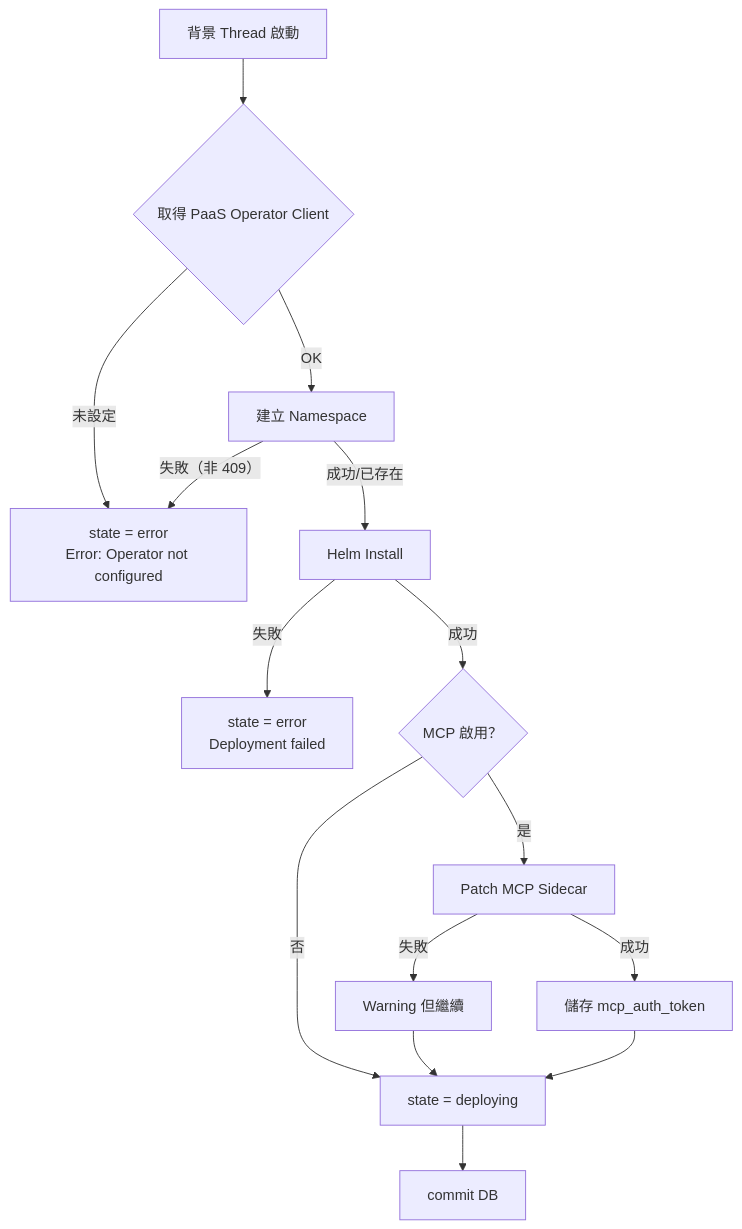
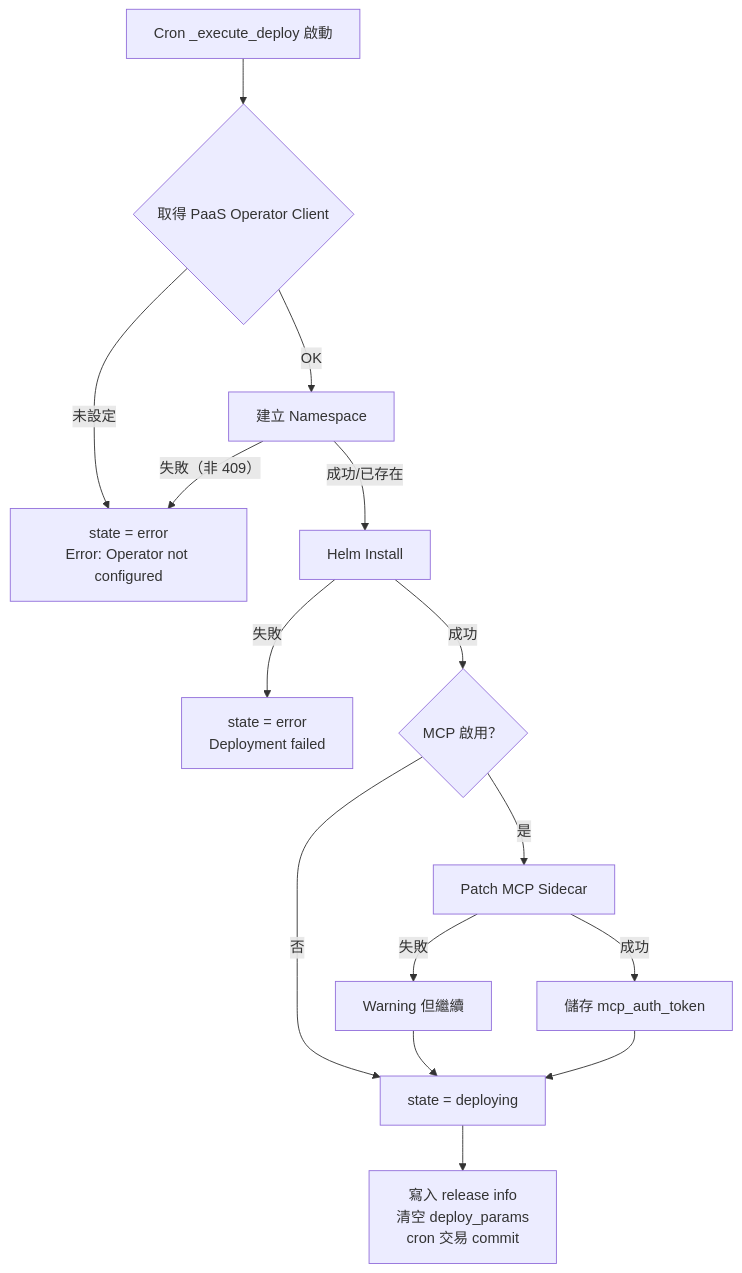
The third of 11 diagrams in docs/reference/architecture/n8n-cloud-service-lifecycle.md (WOOWTECH/odoo-addon-woow-paas-platform), drawn with Mermaid before and after one commit. The commit also changed other lines of this file and 15 other files, not shown here.

````diff
--- a/docs/reference/architecture/n8n-cloud-service-lifecycle.md
+++ b/docs/reference/architecture/n8n-cloud-service-lifecycle.md
@@ -324,17 +334,17 @@
 ```mermaid
 flowchart TD
-    A[背景 Thread 啟動] --> B{取得 PaaS Operator Client}
+    A[Cron _execute_deploy 啟動] --> B{取得 PaaS Operator Client}
     B -->|未設定| C[state = error<br/>Error: Operator not configured]
     B -->|OK| D[建立 Namespace]
     D -->|失敗（非 409）| C
     D -->|成功/已存在| E[Helm Install]
     E -->|失敗| F[state = error<br/>Deployment failed]
     E -->|成功| G{MCP 啟用？}
     G -->|否| H[state = deploying]
     G -->|是| I[Patch MCP Sidecar]
     I -->|失敗| J[Warning 但繼續]
     I -->|成功| K[儲存 mcp_auth_token]
     J --> H
     K --> H
-    H --> L[commit DB]
+    H --> L[寫入 release info<br/>清空 deploy_params<br/>cron 交易 commit]
 ```
````
